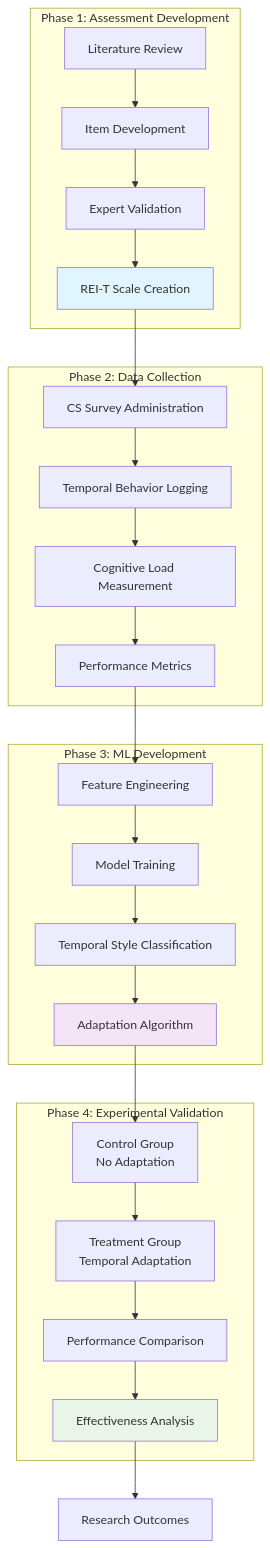
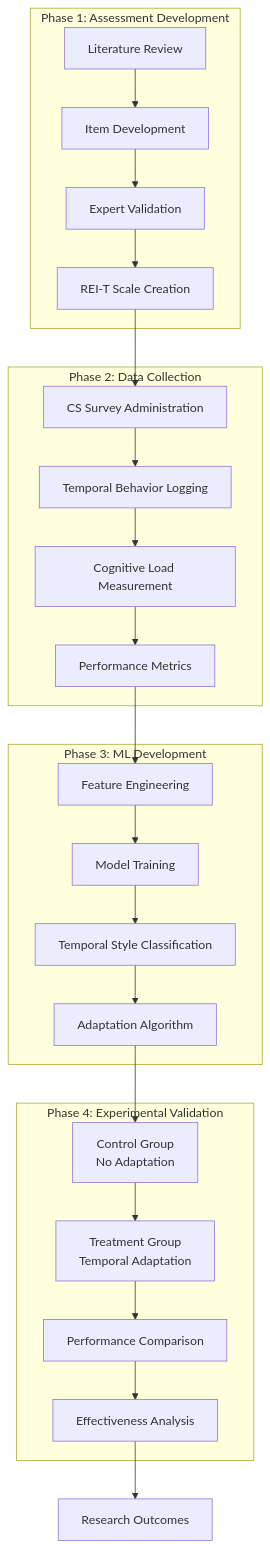
The first of 6 diagrams in README.md (Harrypatria/TACAI-Temporal-Cognitive-Adaptation-for-Human-AI), drawn with Mermaid before and after one commit. The commit also changed other lines of this file, not shown here.

````diff
--- a/README.md
+++ b/README.md
@@ -52,35 +52,31 @@
 ```mermaid
 flowchart TB
     subgraph "Phase 1: Assessment Development"
         A1[Literature Review] --> A2[Item Development]
         A2 --> A3[Expert Validation]
         A3 --> A4[REI-T Scale Creation]
     end
     
     subgraph "Phase 2: Data Collection"
         B1[CS Survey Administration] --> B2[Temporal Behavior Logging]
         B2 --> B3[Cognitive Load Measurement]
         B3 --> B4[Performance Metrics]
     end
     
     subgraph "Phase 3: ML Development"
         C1[Feature Engineering] --> C2[Model Training]
         C2 --> C3[Temporal Style Classification]
         C3 --> C4[Adaptation Algorithm]
     end
     
     subgraph "Phase 4: Experimental Validation"
         D1[Control Group<br/>No Adaptation] --> D2[Treatment Group<br/>Temporal Adaptation]
         D2 --> D3[Performance Comparison]
         D3 --> D4[Effectiveness Analysis]
     end
     
     A4 --> B1
     B4 --> C1
     C4 --> D1
     D4 --> E[Research Outcomes]
-    
-    style A4 fill:#e1f5fe
-    style C4 fill:#f3e5f5
-    style D4 fill:#e8f5e8
 ```
````
